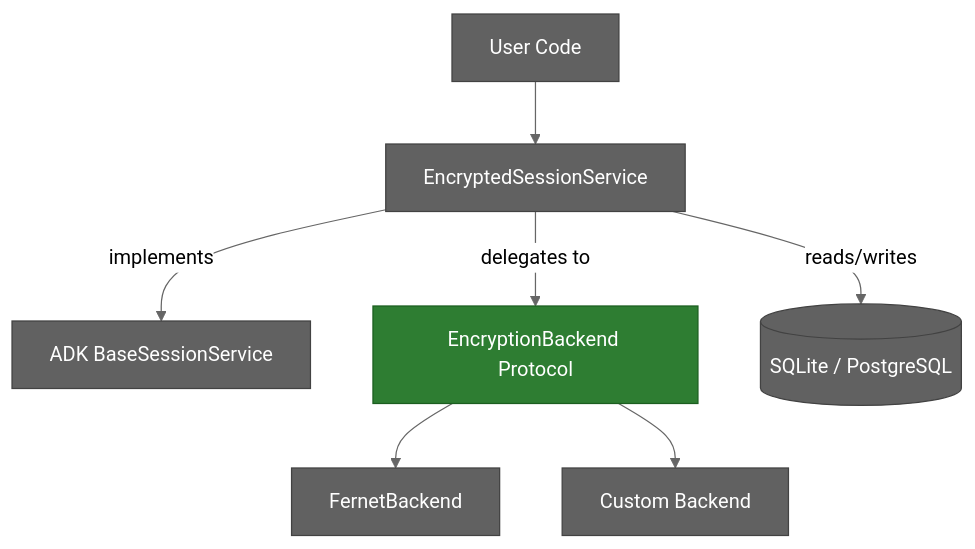
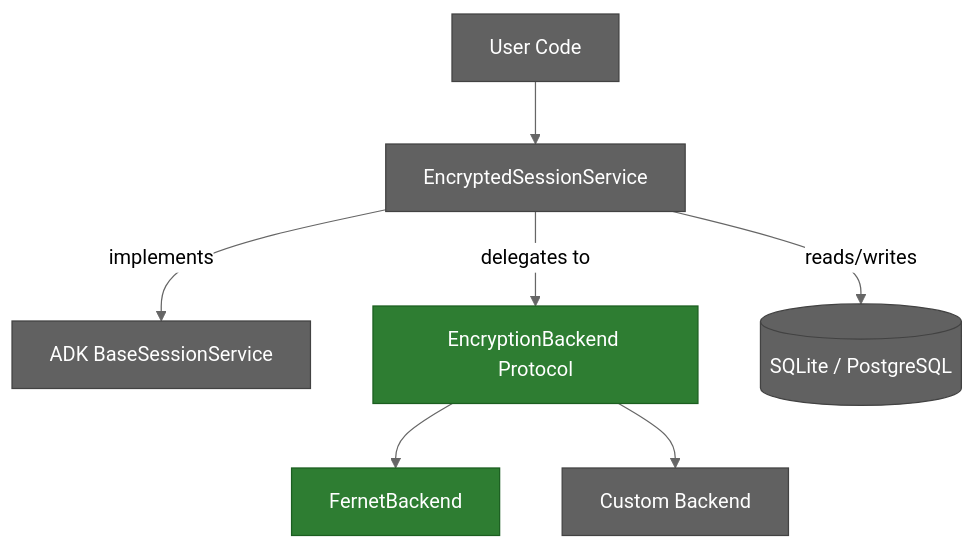
The first of 3 diagrams in docs/ARCHITECTURE.md (Alberto-Codes/adk-secure-sessions), drawn with Mermaid (neutral theme) before and after one commit. The commit also changed other lines of this file, not shown here.

Commit message:
feat(docs): update architecture documentation with encryption backend details and color legend

````diff
--- a/docs/ARCHITECTURE.md
+++ b/docs/ARCHITECTURE.md
@@ -11,17 +11,17 @@
 ```mermaid
 graph TD
     UC[User Code] --> ESS[EncryptedSessionService]
     ESS -->|implements| BSS[ADK BaseSessionService]
     ESS -->|delegates to| EB[EncryptionBackend Protocol]
     EB --> FB[FernetBackend]
     EB --> CB[Custom Backend]
     ESS -->|reads/writes| DB[(SQLite / PostgreSQL)]
 
     style EB fill:#2e7d32,stroke:#1b5e20,color:#fff
     style UC fill:#616161,stroke:#424242,color:#fff
     style ESS fill:#616161,stroke:#424242,color:#fff
     style BSS fill:#616161,stroke:#424242,color:#fff
-    style FB fill:#616161,stroke:#424242,color:#fff
+    style FB fill:#2e7d32,stroke:#1b5e20,color:#fff
     style CB fill:#616161,stroke:#424242,color:#fff
     style DB fill:#616161,stroke:#424242,color:#fff
 ```
````
